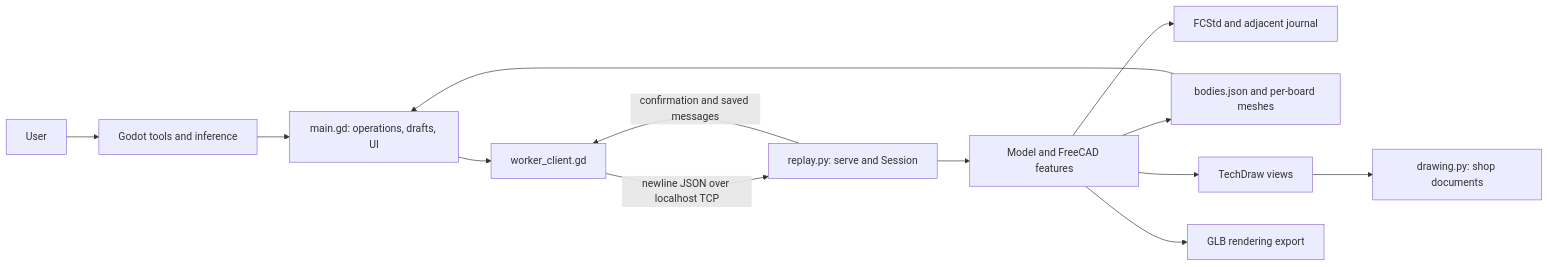
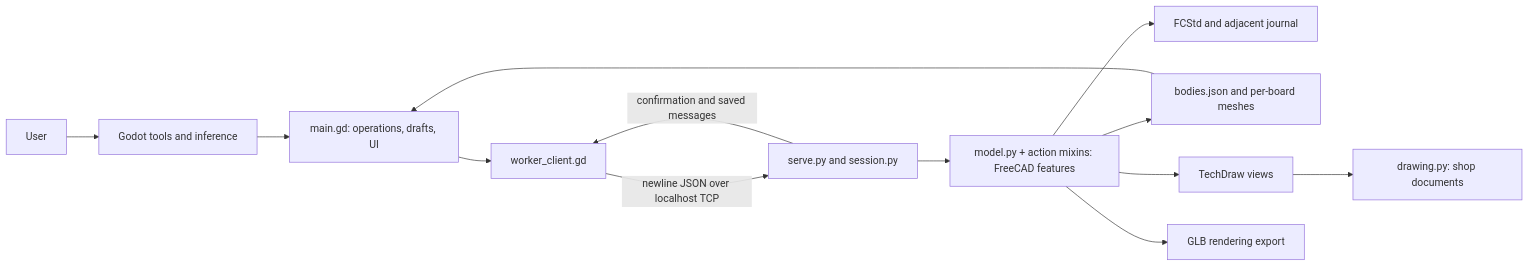
The diagram in ARCHITECTURE.md (wweatherall/Napkin), drawn with Mermaid before and after one commit. The commit also changed other lines of this file and 2 other files, not shown here.

First line of the commit message:
ARCHITECTURE.md updated for the T42 worker split; rule: every architecture change updates it in the same commit

````diff
--- a/ARCHITECTURE.md
+++ b/ARCHITECTURE.md
@@ -15,15 +15,15 @@
 ```mermaid
 flowchart LR
     U[User] --> T[Godot tools and inference]
     T --> M[main.gd: operations, drafts, UI]
     M --> C[worker_client.gd]
-    C -->|newline JSON over localhost TCP| W[replay.py: serve and Session]
-    W --> G[Model and FreeCAD features]
+    C -->|newline JSON over localhost TCP| W[serve.py and session.py]
+    W --> G[model.py + action mixins: FreeCAD features]
     G --> F[FCStd and adjacent journal]
     G --> E[bodies.json and per-board meshes]
     E --> M
     W -->|confirmation and saved messages| C
     G --> V[TechDraw views]
     V --> D[drawing.py: shop documents]
     G --> B[GLB rendering export]
 ```
````
